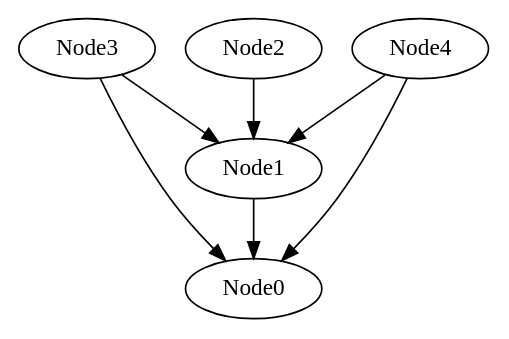
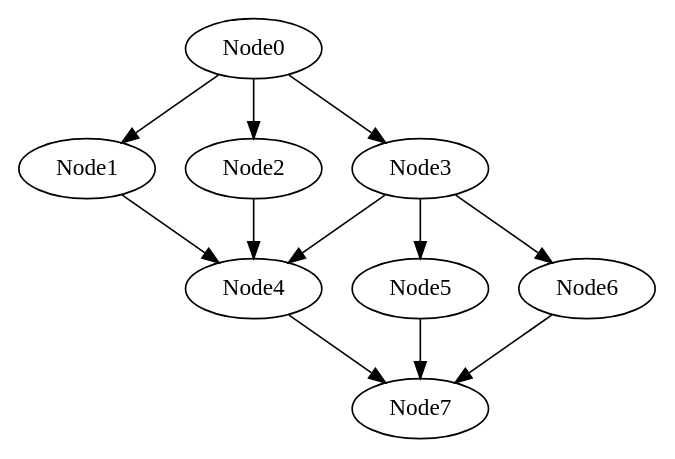
The diagram in DrawDAG/currGraph.gv (zephyr06/Energy_Opt_NLP), drawn with Graphviz before and after one commit. The commit also changed 7 other files, not shown here.

```diff
--- a/DrawDAG/currGraph.gv
+++ b/DrawDAG/currGraph.gv
@@ -1,20 +1,33 @@
 // The Round Table
 digraph {
 	Node0
 	Node1
 	Node2
 	Node3
 	Node4
-	Node2 -> Node1
+	Node4
+	Node4
+	Node4
+	Node0 -> Node1
 
-	Node4 -> Node0
+	Node0 -> Node3
 
-	Node4 -> Node1
+	Node0 -> Node2
 
-	Node3 -> Node0
+	Node1 -> Node4
 
-	Node3 -> Node1
+	Node2 -> Node4
 
-	Node1 -> Node0
+	Node3 -> Node4
+
+	Node3 -> Node5
+
+	Node3 -> Node6
+
+	Node4 -> Node7
+
+	Node5 -> Node7
+
+	Node6 -> Node7
 
 }
```
